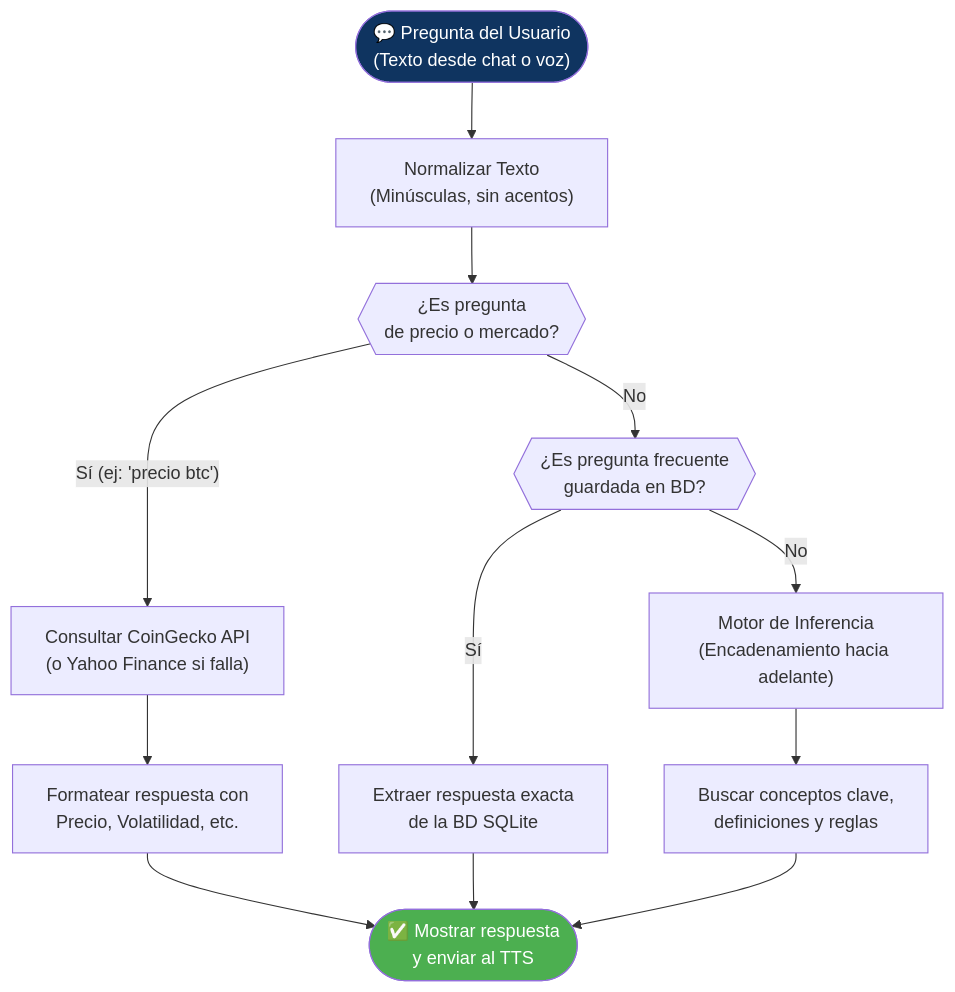
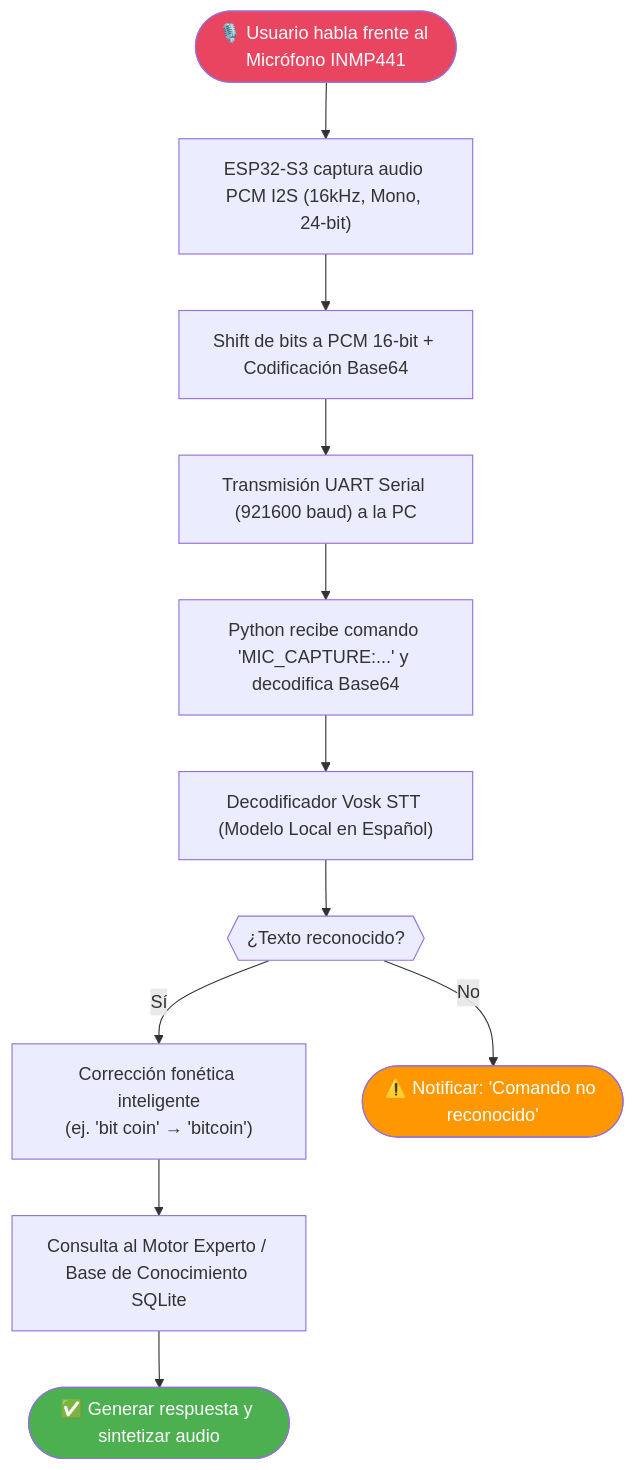
One commit to Daniel-Macias-hub/Asistente-Financiero-Experto changed the fourth of 5 diagrams in README.md. Above: the diagram before and after it, drawn with Mermaid. The commit also changed other lines of this file, not shown here.

````diff
--- a/README.md
+++ b/README.md
@@ -156,22 +148,22 @@
 ```mermaid
 flowchart TD
-    A(["💬 Pregunta del Usuario\n(Texto desde chat o voz)"])
-    B["Normalizar Texto\n(Minúsculas, sin acentos)"]
-    C{{"¿Es pregunta\nde precio o mercado?"}}
-    D["Consultar CoinGecko API\n(o Yahoo Finance si falla)"]
-    E["Formatear respuesta con\nPrecio, Volatilidad, etc."]
-    F{{"¿Es pregunta frecuente\nguardada en BD?"}}
-    G["Extraer respuesta exacta\nde la BD SQLite"]
-    H["Motor de Inferencia\n(Encadenamiento hacia adelante)"]
-    I["Buscar conceptos clave,\ndefiniciones y reglas"]
-    J(["✅ Mostrar respuesta\ny enviar al TTS"])
+    A(["🎙️ Usuario habla frente al Micrófono INMP441"])
+    B["ESP32-S3 captura audio PCM I2S (16kHz, Mono, 24-bit)"]
+    C["Shift de bits a PCM 16-bit + Codificación Base64"]
+    D["Transmisión UART Serial (921600 baud) a la PC"]
+    E["Python recibe comando 'MIC_CAPTURE:...' y decodifica Base64"]
+    F["Decodificador Vosk STT (Modelo Local en Español)"]
+    G{{"¿Texto reconocido?"}}
+    H["Corrección fonética inteligente\n(ej. 'bit coin' → 'bitcoin')"]
+    I["Consulta al Motor Experto / Base de Conocimiento SQLite"]
+    J(["✅ Generar respuesta y sintetizar audio"])
+    K(["⚠️ Notificar: 'Comando no reconocido'"])
 
-    A --> B --> C
-    C -->|"Sí (ej: 'precio btc')"| D --> E --> J
-    C -->|"No"| F
-    F -->|"Sí"| G --> J
-    F -->|"No"| H --> I --> J
+    A --> B --> C --> D --> E --> F --> G
+    G -->|"Sí"| H --> I --> J
+    G -->|"No"| K
 
-    style A fill:#0f3460,color:#fff
+    style A fill:#e94560,color:#fff
     style J fill:#4caf50,color:#fff
+    style K fill:#ff9800,color:#fff
 ```
````
